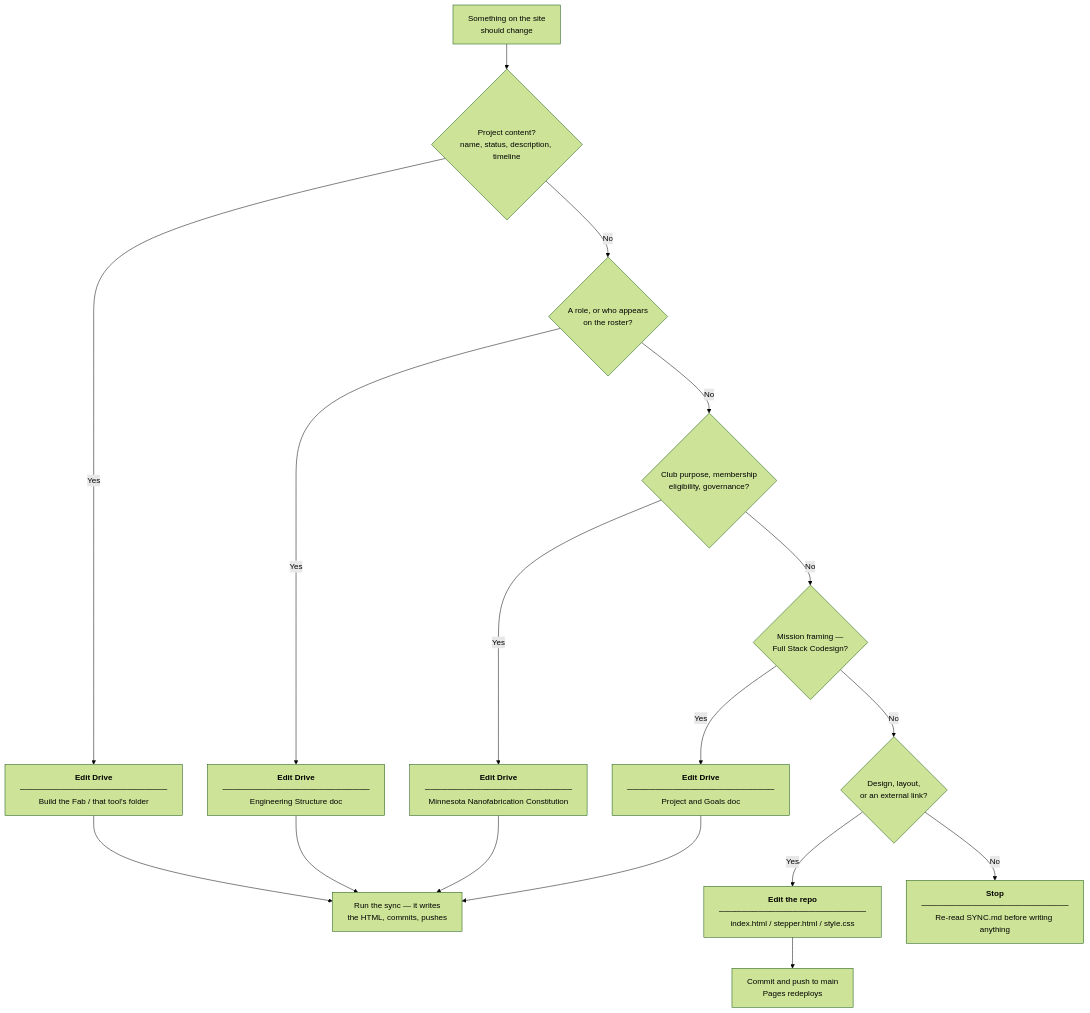
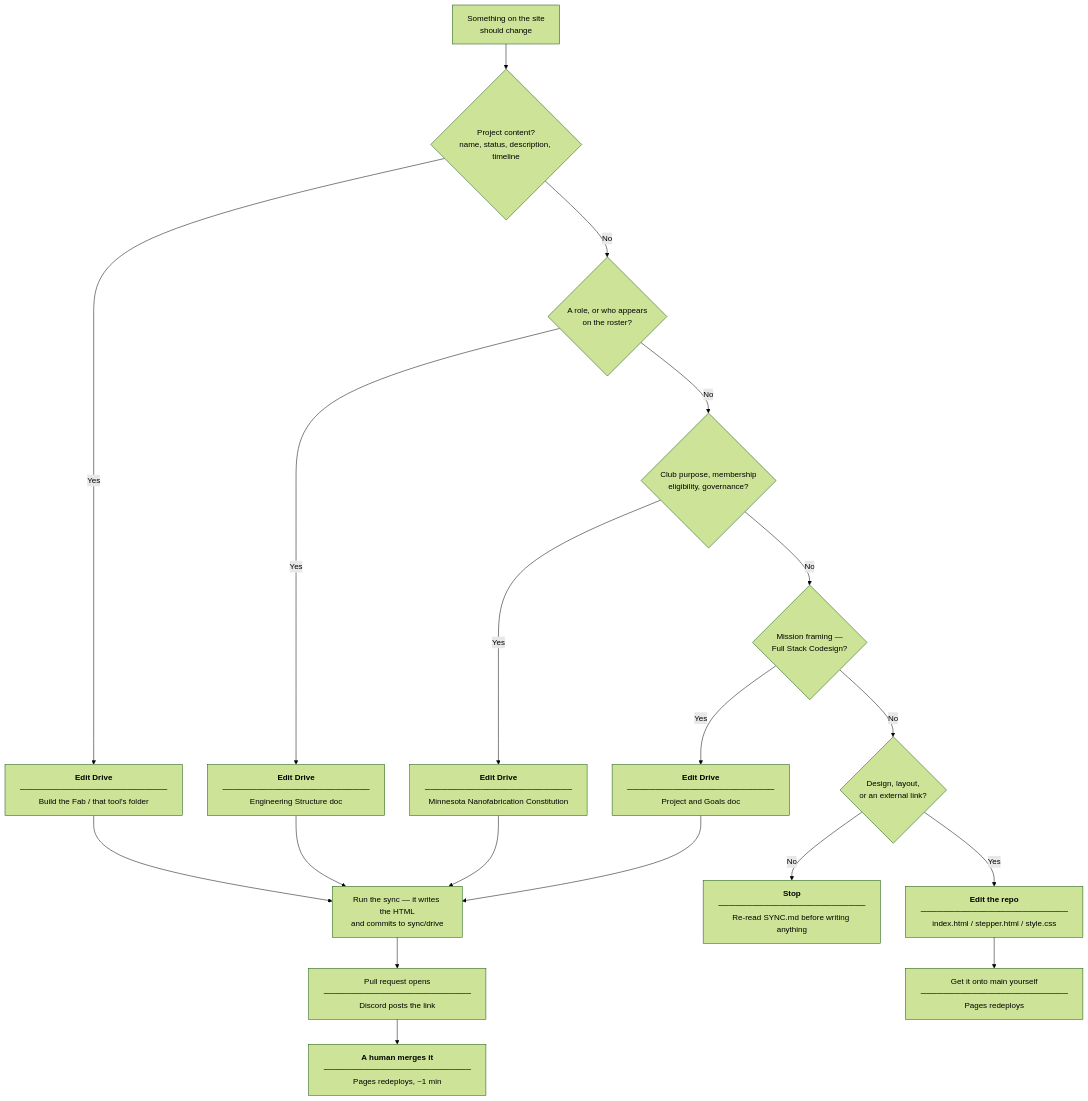
Before and after one commit to Minnesota-Nanofabrication-Club/club_website: the diagram in docs/guides/edit-content.md, drawn with Mermaid (forest theme). The commit also changed other lines of this file and 18 other files, not shown here.

First line of the commit message:
Document the propose-then-approve flow

````diff
--- a/docs/guides/edit-content.md
+++ b/docs/guides/edit-content.md
@@ -12,20 +12,24 @@
 ```mermaid
 flowchart TD
     S["Something on the site<br/>should change"]
     S --> Q1{"Project content?<br/>name, status, description, timeline"}
     Q1 -- Yes --> D1["<b>Edit Drive</b><br/>──────────────────────────<br/>Build the Fab / that tool's folder"]
     Q1 -- No --> Q2{"A role, or who appears<br/>on the roster?"}
     Q2 -- Yes --> D2["<b>Edit Drive</b><br/>──────────────────────────<br/>Engineering Structure doc"]
     Q2 -- No --> Q3{"Club purpose, membership<br/>eligibility, governance?"}
     Q3 -- Yes --> D3["<b>Edit Drive</b><br/>──────────────────────────<br/>Minnesota Nanofabrication Constitution"]
     Q3 -- No --> Q4{"Mission framing —<br/>Full Stack Codesign?"}
     Q4 -- Yes --> D4["<b>Edit Drive</b><br/>──────────────────────────<br/>Project and Goals doc"]
     Q4 -- No --> Q5{"Design, layout,<br/>or an external link?"}
     Q5 -- Yes --> D5["<b>Edit the repo</b><br/>──────────────────────────<br/>index.html / stepper.html / style.css"]
     Q5 -- No --> D6["<b>Stop</b><br/>──────────────────────────<br/>Re-read SYNC.md before writing anything"]
-    D1 --> R["Run the sync — it writes<br/>the HTML, commits, pushes"]
+    D1 --> R["Run the sync — it writes the HTML<br/>and commits to sync/drive"]
     D2 --> R
     D3 --> R
     D4 --> R
-    D5 --> P["Commit and push to main<br/>Pages redeploys"]
+    R --> PR["Pull request opens<br/>──────────────────────────<br/>Discord posts the link"]
+    PR --> M["<b>A human merges it</b><br/>──────────────────────────<br/>Pages redeploys, ~1 min"]
+    D5 --> P["Get it onto main yourself<br/>──────────────────────────<br/>Pages redeploys"]
+    click PR href "../../operations/reviewing-changes/"
+    click M href "../../operations/reviewing-changes/"
 ```
````
